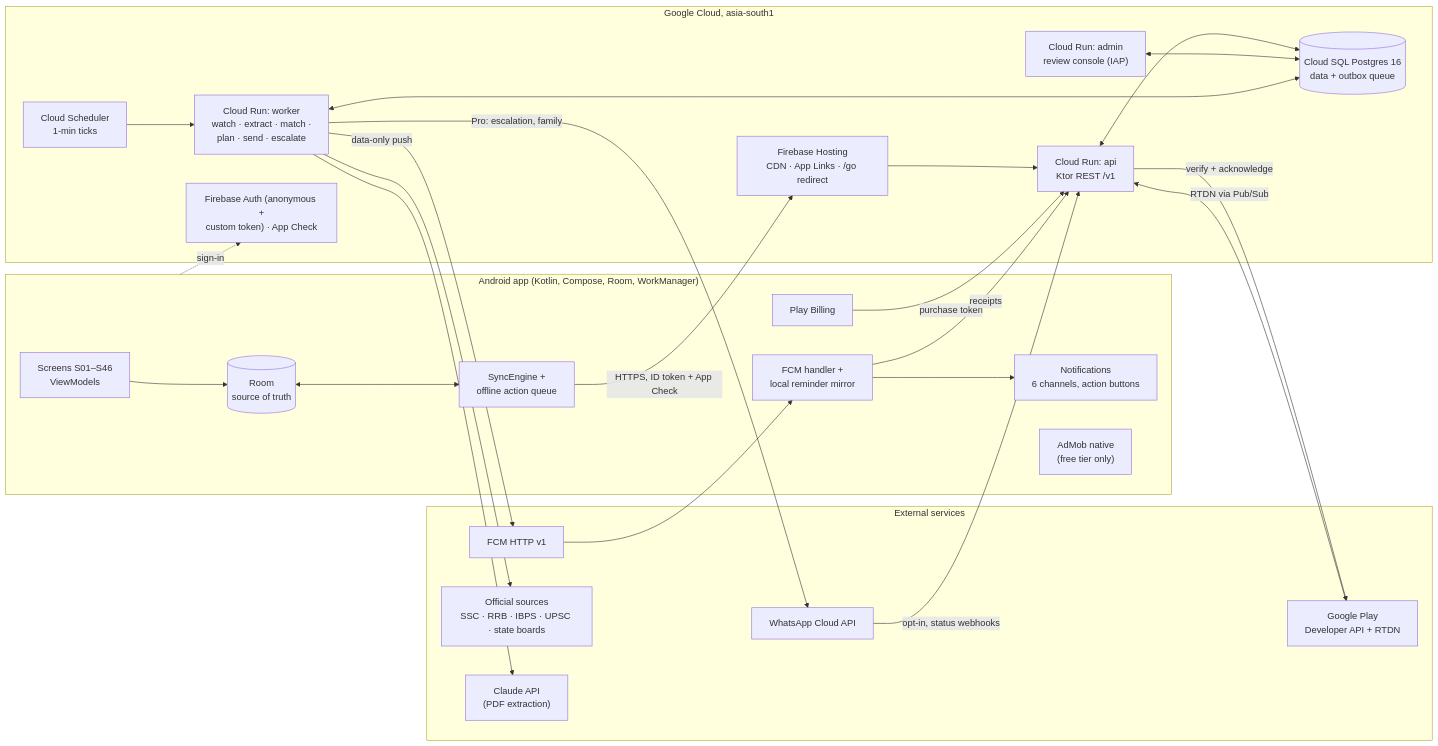
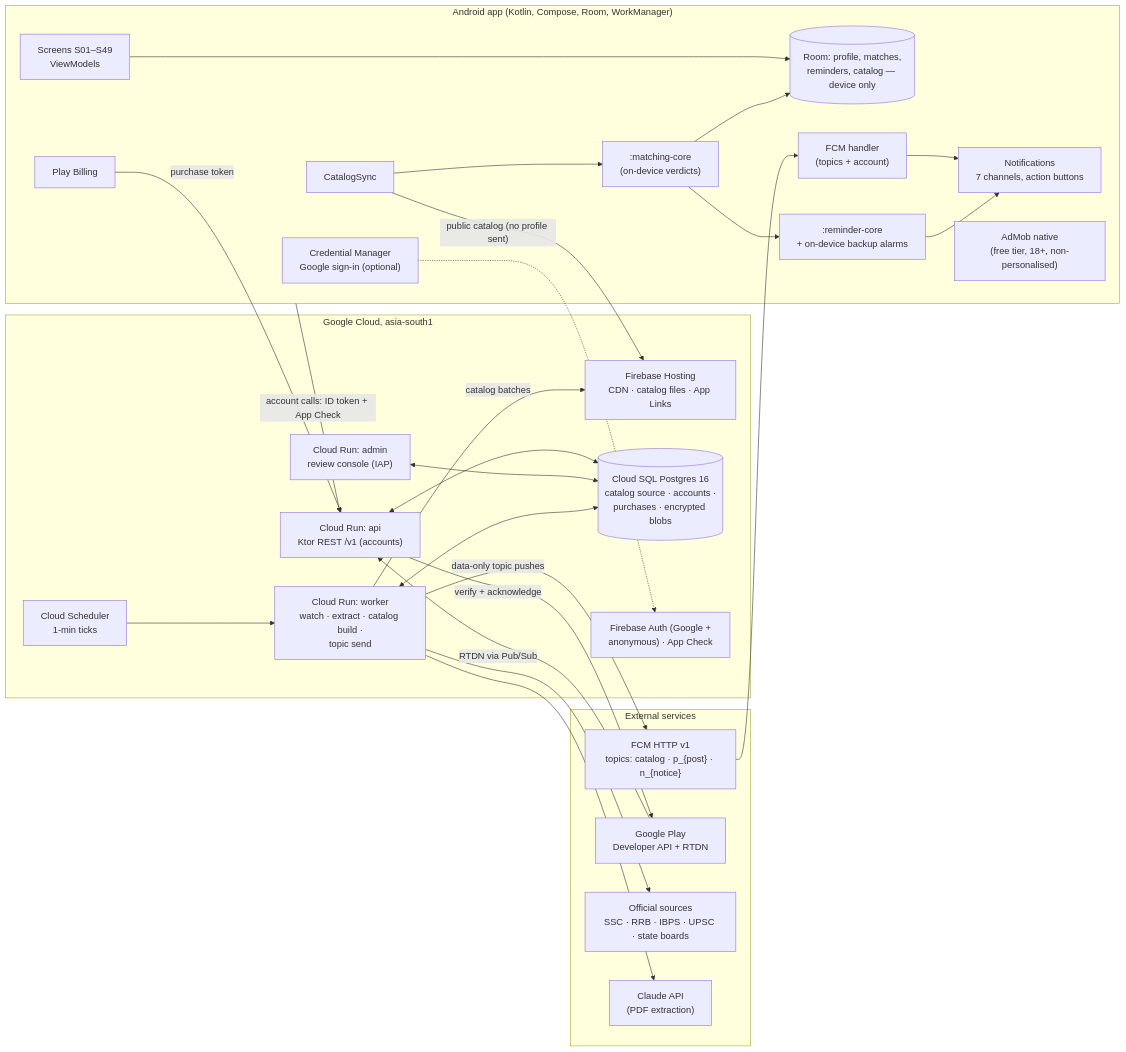
One commit to amanroy3901/job-vac changed the diagram in docs/README.md. Above: the diagram before and after it, drawn with Mermaid. The commit also changed other lines of this file and 9 other files, not shown here.

First line of the commit message:
Architecture: on-device matching, Google/guest auth, Play Billing only, no WhatsApp

````diff
--- a/docs/README.md
+++ b/docs/README.md
@@ -61,44 +68,45 @@
 ```mermaid
 flowchart LR
   subgraph Phone["Android app (Kotlin, Compose, Room, WorkManager)"]
-    UI["Screens S01–S46<br/>ViewModels"] --> ROOM[("Room<br/>source of truth")]
-    ROOM <--> SYNC["SyncEngine +<br/>offline action queue"]
-    FCMH["FCM handler +<br/>local reminder mirror"] --> NOTIF["Notifications<br/>6 channels, action buttons"]
+    UI["Screens S01–S49<br/>ViewModels"] --> ROOM[("Room: profile, matches,<br/>reminders, catalog — device only")]
+    CS["CatalogSync"] --> ME[":matching-core<br/>(on-device verdicts)"] --> ROOM
+    ME --> RP[":reminder-core<br/>+ on-device backup alarms"]
+    FCMH["FCM handler<br/>(topics + account)"] --> NOTIF["Notifications<br/>7 channels, action buttons"]
+    RP --> NOTIF
     BILL["Play Billing"]
-    ADS["AdMob native<br/>(free tier only)"]
+    ADS["AdMob native<br/>(free tier, 18+, non-personalised)"]
+    GS["Credential Manager<br/>Google sign-in (optional)"]
   end
 
   subgraph GCP["Google Cloud, asia-south1"]
-    HOST["Firebase Hosting<br/>CDN · App Links · /go redirect"]
-    API["Cloud Run: api<br/>Ktor REST /v1"]
-    WRK["Cloud Run: worker<br/>watch · extract · match ·<br/>plan · send · escalate"]
+    HOST["Firebase Hosting<br/>CDN · catalog files · App Links"]
+    API["Cloud Run: api<br/>Ktor REST /v1 (accounts)"]
+    WRK["Cloud Run: worker<br/>watch · extract · catalog build ·<br/>topic send"]
     ADM["Cloud Run: admin<br/>review console (IAP)"]
     SCH["Cloud Scheduler<br/>1-min ticks"]
-    PG[("Cloud SQL Postgres 16<br/>data + outbox queue")]
-    AUTH["Firebase Auth (anonymous +<br/>custom token) · App Check"]
+    PG[("Cloud SQL Postgres 16<br/>catalog source · accounts ·<br/>purchases · encrypted blobs")]
+    AUTH["Firebase Auth (Google +<br/>anonymous) · App Check"]
   end
 
   subgraph Ext["External services"]
-    FCM["FCM HTTP v1"]
-    WA["WhatsApp Cloud API"]
+    FCM["FCM HTTP v1<br/>topics: catalog · p_{post} · n_{notice}"]
     PLAY["Google Play<br/>Developer API + RTDN"]
     SRC["Official sources<br/>SSC · RRB · IBPS · UPSC · state boards"]
     LLM["Claude API<br/>(PDF extraction)"]
   end
 
-  SYNC -->|"HTTPS, ID token + App Check"| HOST --> API
-  Phone -. sign-in .-> AUTH
+  CS -->|"public catalog (no profile sent)"| HOST
+  Phone -->|"account calls: ID token + App Check"| API
+  GS -.-> AUTH
   BILL -->|purchase token| API
   API <--> PG
   ADM <--> PG
   SCH --> WRK
   WRK <--> PG
   WRK --> SRC
   WRK --> LLM
-  WRK -->|data-only push| FCM --> FCMH
-  FCMH -->|receipts| API
-  WRK -->|"Pro: escalation, family"| WA
-  WA -->|opt-in, status webhooks| API
+  WRK -->|catalog batches| HOST
+  WRK -->|data-only topic pushes| FCM --> FCMH
   API -->|verify + acknowledge| PLAY
   PLAY -->|RTDN via Pub/Sub| API
 ```
````
